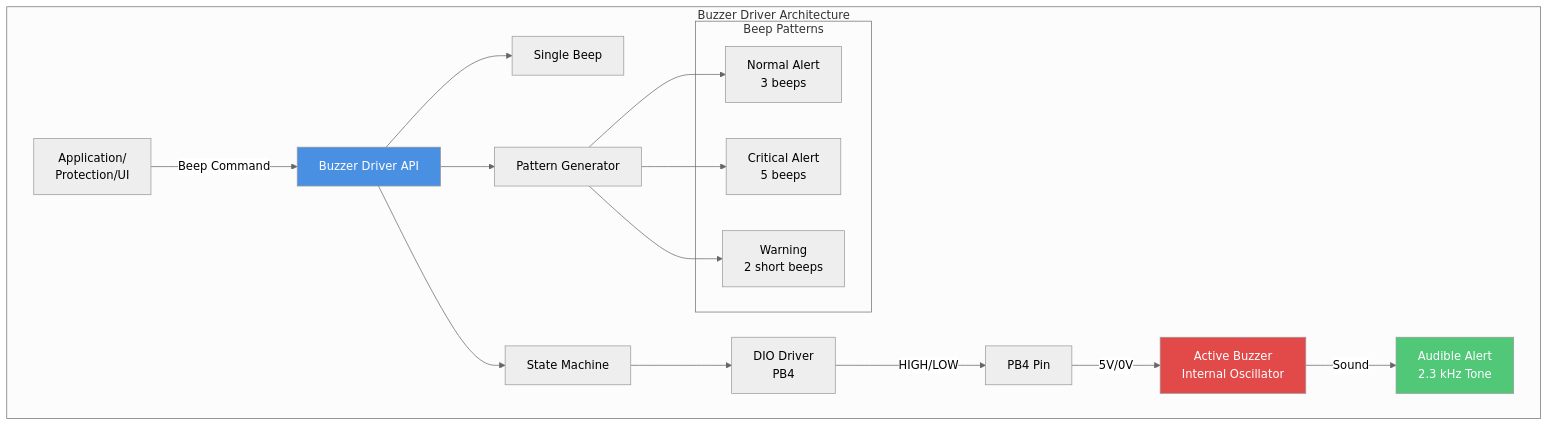
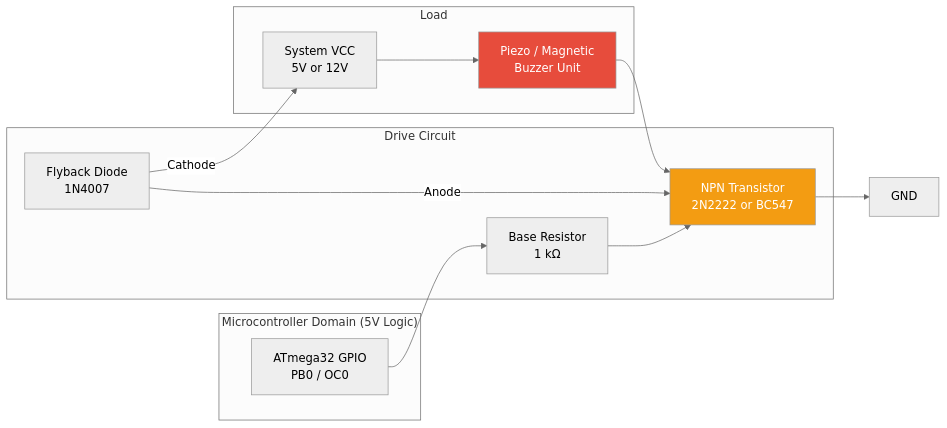
The first of 5 diagrams in Doc/Embedded/New/06_ImplementationDoc/Software_Layers/HAL_Layer/Buzzer/Buzzer_Driver.md (Gestell-Solution/Smart_Energy_Management_System), drawn with Mermaid (neutral theme) before and after one commit. The commit also changed other lines of this file and 30 other files, not shown here.

````diff
--- a/Doc/Embedded/New/06_ImplementationDoc/Software_Layers/HAL_Layer/Buzzer/Buzzer_Driver.md
+++ b/Doc/Embedded/New/06_ImplementationDoc/Software_Layers/HAL_Layer/Buzzer/Buzzer_Driver.md
@@ -36,32 +75,30 @@
 ```mermaid
-graph TB
-    subgraph "Buzzer Driver Architecture"
-        APP[Application/<br/>Protection/UI] -->|Beep Command| BUZZ_API[Buzzer Driver API]
-
-        BUZZ_API --> SINGLE[Single Beep]
-        BUZZ_API --> PATTERN[Pattern Generator]
-        BUZZ_API --> STATE[State Machine]
-
-        STATE --> DIO[DIO Driver<br/>PB4]
-
-        DIO -->|HIGH/LOW| PIN[PB4 Pin]
-
-        PIN -->|5V/0V| BUZZER[Active Buzzer<br/>Internal Oscillator]
-
-        BUZZER -->|Sound| AUDIO[Audible Alert<br/>2.3 kHz Tone]
-
-        subgraph "Beep Patterns"
-            NORMAL[Normal Alert<br/>3 beeps]
-            CRITICAL[Critical Alert<br/>5 beeps]
-            WARNING[Warning<br/>2 short beeps]
-        end
-
-        PATTERN --> NORMAL
-        PATTERN --> CRITICAL
-        PATTERN --> WARNING
+graph LR
+    subgraph "Microcontroller Domain (5V Logic)"
+        MCU_PIN[ATmega32 GPIO<br/>PB0 / OC0]
     end
 
-    style BUZZ_API fill:#4A90E2,color:#fff
-    style BUZZER fill:#E24A4A,color:#fff
-    style AUDIO fill:#50C878,color:#fff
+    subgraph "Drive Circuit"
+        R_BASE[Base Resistor<br/>1 kΩ]
+        Q_DRIVE[NPN Transistor<br/>2N2222 or BC547]
+        DIODE[Flyback Diode<br/>1N4007]
+    end
+
+    subgraph "Load"
+        BUZZ[Piezo / Magnetic<br/>Buzzer Unit]
+        VCC[System VCC<br/>5V or 12V]
+    end
+
+    MCU_PIN --> R_BASE
+    R_BASE --> Q_DRIVE
+
+    VCC --> BUZZ
+    BUZZ --> Q_DRIVE
+    Q_DRIVE --> GND
+
+    DIODE -- Anode --> Q_DRIVE
+    DIODE -- Cathode --> VCC
+
+    style BUZZ fill:#E74C3C,color:#fff
+    style Q_DRIVE fill:#F39C12,color:#fff
 ```
````
